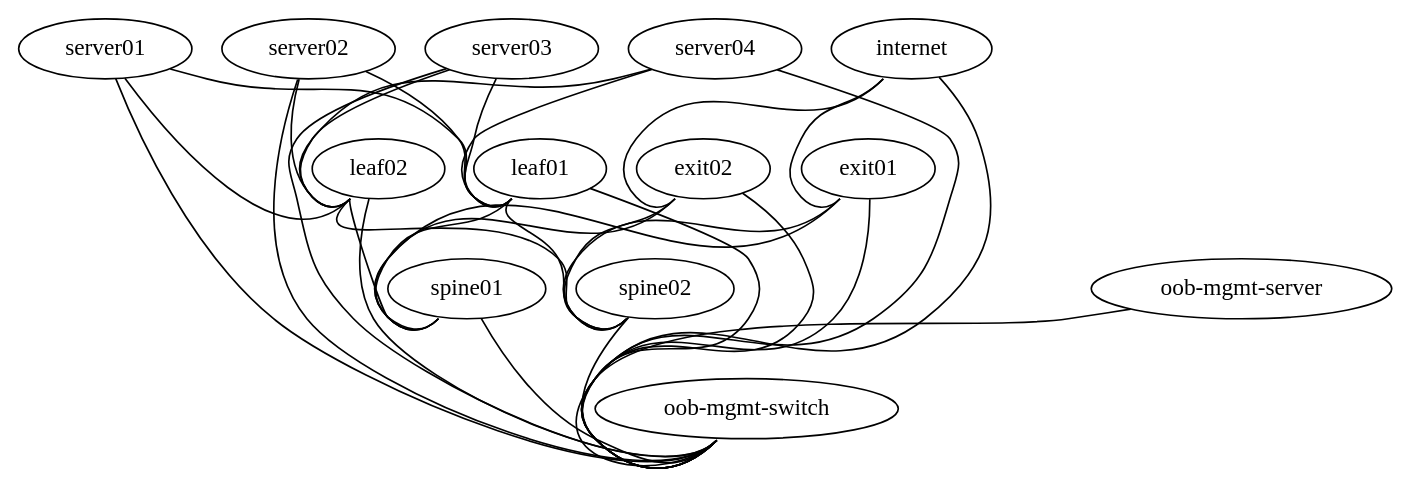
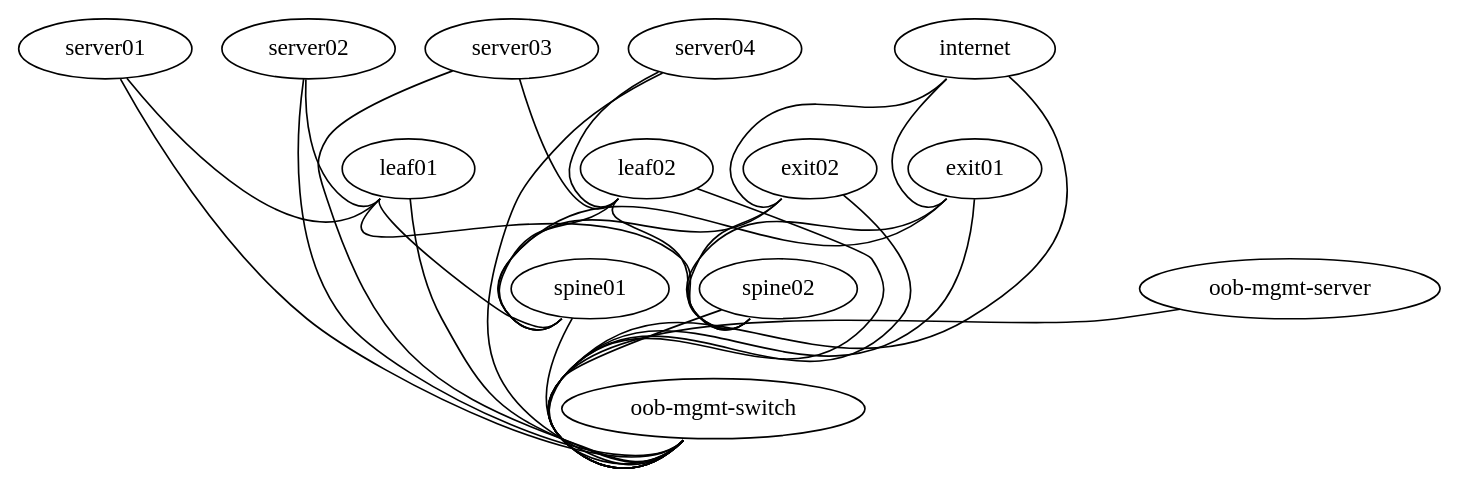
The diagram in sim-thg/topology.dot (routemypacket/cumulus-lab), drawn with Graphviz before and after one commit. The commit also changed 109 other files, not shown here.

```diff
--- a/sim-thg/topology.dot
+++ b/sim-thg/topology.dot
@@ -1,51 +1,47 @@
 graph vx {
  "leaf01" [function="leaf" os="CumulusCommunity/cumulus-vx" version="3.6.2" memory="768" config="./helper_scripts/config_switch.sh" ]
  "leaf02" [function="leaf" os="CumulusCommunity/cumulus-vx" version="3.6.2" memory="768" config="./helper_scripts/config_switch.sh" ]
  "spine01" [function="spine" os="CumulusCommunity/cumulus-vx" version="3.6.2" memory="768" config="./helper_scripts/config_switch.sh" ]
  "spine02" [function="spine" os="CumulusCommunity/cumulus-vx" version="3.6.2" memory="768" config="./helper_scripts/config_switch.sh" ]
  "exit01" [function="exit" os="CumulusCommunity/cumulus-vx" version="3.6.2" memory="768" config="./helper_scripts/config_switch.sh" ]
  "exit02" [function="exit" os="CumulusCommunity/cumulus-vx" version="3.6.2" memory="768" config="./helper_scripts/config_switch.sh" ]
  "server01" [function="host" os="yk0/ubuntu-xenial" memory="512" config="./helper_scripts/config_server.sh" ]
  "server02" [function="host" os="yk0/ubuntu-xenial" memory="512" config="./helper_scripts/config_server.sh" ]
  "server03" [function="host" os="yk0/ubuntu-xenial" memory="512" config="./helper_scripts/config_server.sh" ]
  "server04" [function="host" os="yk0/ubuntu-xenial" memory="512" config="./helper_scripts/config_server.sh" ]
  "internet" [function="internet" os="CumulusCommunity/cumulus-vx" version="3.6.2" memory="768" config="./helper_scripts/config_internet.sh" ]
  "oob-mgmt-switch" [function="oob-switch" vagrant="eth0" os="CumulusCommunity/cumulus-vx" version="3.6.2" memory="768" config="./helper_scripts/config_oob_switch.sh" ]
  "oob-mgmt-server" [function="oob-server" vagrant="eth0" os="CumulusCommunity/vx_oob_server" version="1.0.4" memory="1024" config="./helper_scripts/config_oob_server.sh" ]
 
  "leaf01":"swp15" -- "spine01":"swp1"
  "leaf02":"swp15" -- "spine01":"swp2"
  "leaf01":"swp16" -- "spine02":"swp1"
  "leaf02":"swp16" -- "spine02":"swp2"
 
- "exit01":"swp15" -- "spine01":"swp14"
- "exit01":"swp16" -- "spine02":"swp14"
- "exit02":"swp15" -- "spine01":"swp13"
- "exit02":"swp16" -- "spine02":"swp13"
+ "exit01":"swp15" -- "spine01":"swp15"
+ "exit01":"swp16" -- "spine02":"swp15"
+ "exit02":"swp15" -- "spine01":"swp16"
+ "exit02":"swp16" -- "spine02":"swp16"
 
  "internet":"swp1" -- "exit01":"swp1"
  "internet":"swp2" -- "exit02":"swp1"
 
  "server01":"eth1" -- "leaf01":"swp1" [left_mac="00:03:00:11:11:01"]
- "server01":"eth2" -- "leaf02":"swp1" [left_mac="00:03:00:11:11:02"]
  "server02":"eth1" -- "leaf01":"swp2" [left_mac="00:03:00:22:22:01"]
- "server02":"eth2" -- "leaf02":"swp2" [left_mac="00:03:00:22:22:02"]
- "server03":"eth1" -- "leaf01":"swp3" [left_mac="00:03:00:33:33:01"]
- "server03":"eth2" -- "leaf02":"swp3" [left_mac="00:03:00:33:33:02"]
- "server04":"eth1" -- "leaf01":"swp4" [left_mac="00:03:00:44:44:01"]
- "server04":"eth2" -- "leaf02":"swp4" [left_mac="00:03:00:44:44:02"]
+ "server03":"eth1" -- "leaf02":"swp1" [left_mac="00:03:00:33:33:01"]
+ "server04":"eth1" -- "leaf02":"swp2" [left_mac="00:03:00:44:44:01"]
 
  "oob-mgmt-server":"eth1" -- "oob-mgmt-switch":"swp1" [right_mac="a0:00:00:00:00:61"]
  "server01":"eth0" -- "oob-mgmt-switch":"swp2" [left_mac="a0:00:00:00:00:31"]
  "server02":"eth0" -- "oob-mgmt-switch":"swp3" [left_mac="a0:00:00:00:00:32"]
  "server03":"eth0" -- "oob-mgmt-switch":"swp4" [left_mac="a0:00:00:00:00:33"]
  "server04":"eth0" -- "oob-mgmt-switch":"swp5" [left_mac="a0:00:00:00:00:34"]
  "leaf01":"eth0" -- "oob-mgmt-switch":"swp6" [left_mac="a0:00:00:00:00:11"]
  "leaf02":"eth0" -- "oob-mgmt-switch":"swp7" [left_mac="a0:00:00:00:00:12"]
  "spine01":"eth0" -- "oob-mgmt-switch":"swp8" [left_mac="a0:00:00:00:00:21"]
  "spine02":"eth0" -- "oob-mgmt-switch":"swp9" [left_mac="a0:00:00:00:00:22"]
  "exit01":"eth0" -- "oob-mgmt-switch":"swp10" [left_mac="a0:00:00:00:00:41"]
  "exit02":"eth0" -- "oob-mgmt-switch":"swp11" [left_mac="a0:00:00:00:00:42"]
  "internet":"eth0" -- "oob-mgmt-switch":"swp12" [left_mac="a0:00:00:00:00:50"]
 
 }
```
